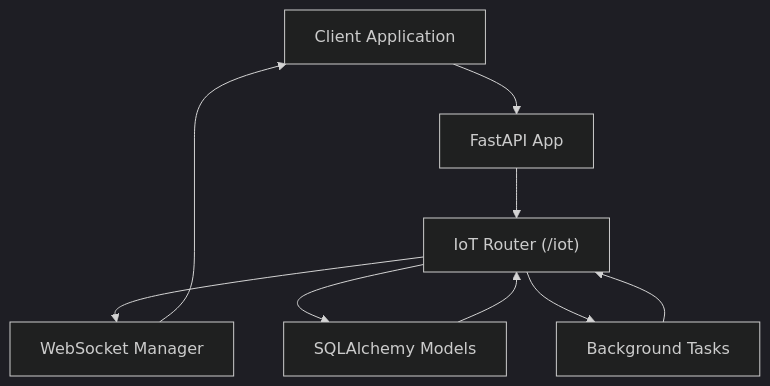
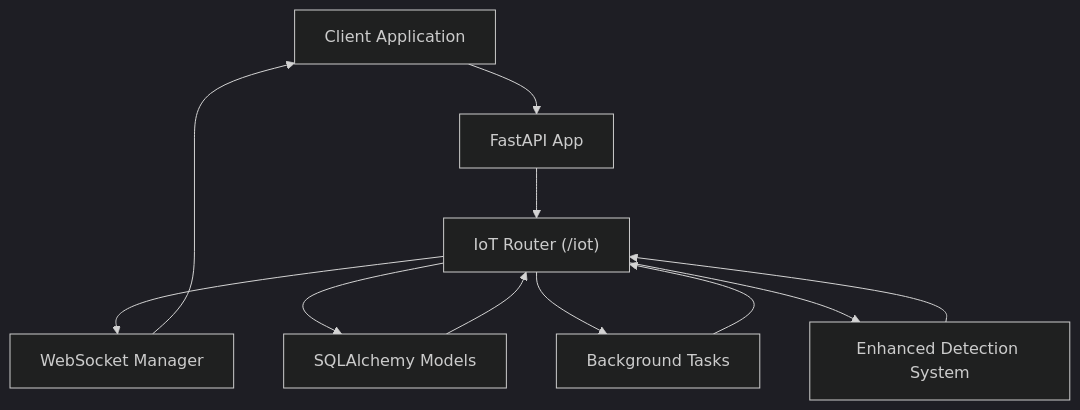
The first of 11 diagrams in .qoder/repowiki/en/content/API Reference/IoT Scanning API.md (MohandWaleed3/PentexOne), drawn with Mermaid (dark theme) before and after one commit. The commit also changed other lines of this file and 5 other files, not shown here.

````diff
--- a/.qoder/repowiki/en/content/API Reference/IoT Scanning API.md
+++ b/.qoder/repowiki/en/content/API Reference/IoT Scanning API.md
@@ -33,11 +47,13 @@
 ```mermaid
 graph TB
 Client["Client Application"] --> API["FastAPI App"]
 API --> Router["IoT Router (/iot)"]
 Router --> WS["WebSocket Manager"]
 Router --> DB["SQLAlchemy Models"]
 Router --> Background["Background Tasks"]
+Router --> EnhancedDetection["Enhanced Detection System"]
 WS --> Client
 DB --> Router
 Background --> Router
+EnhancedDetection --> Router
 ```
````
